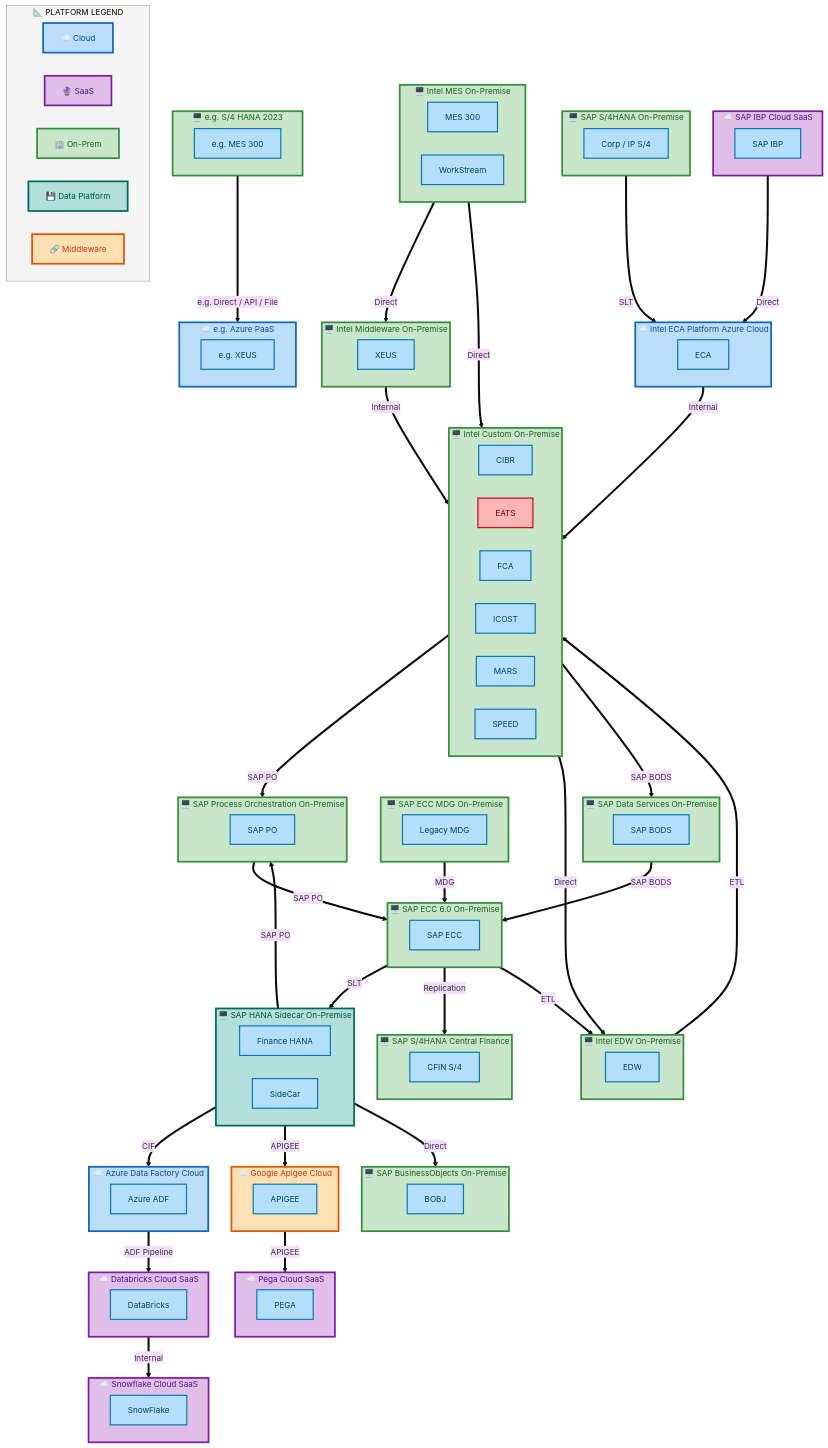
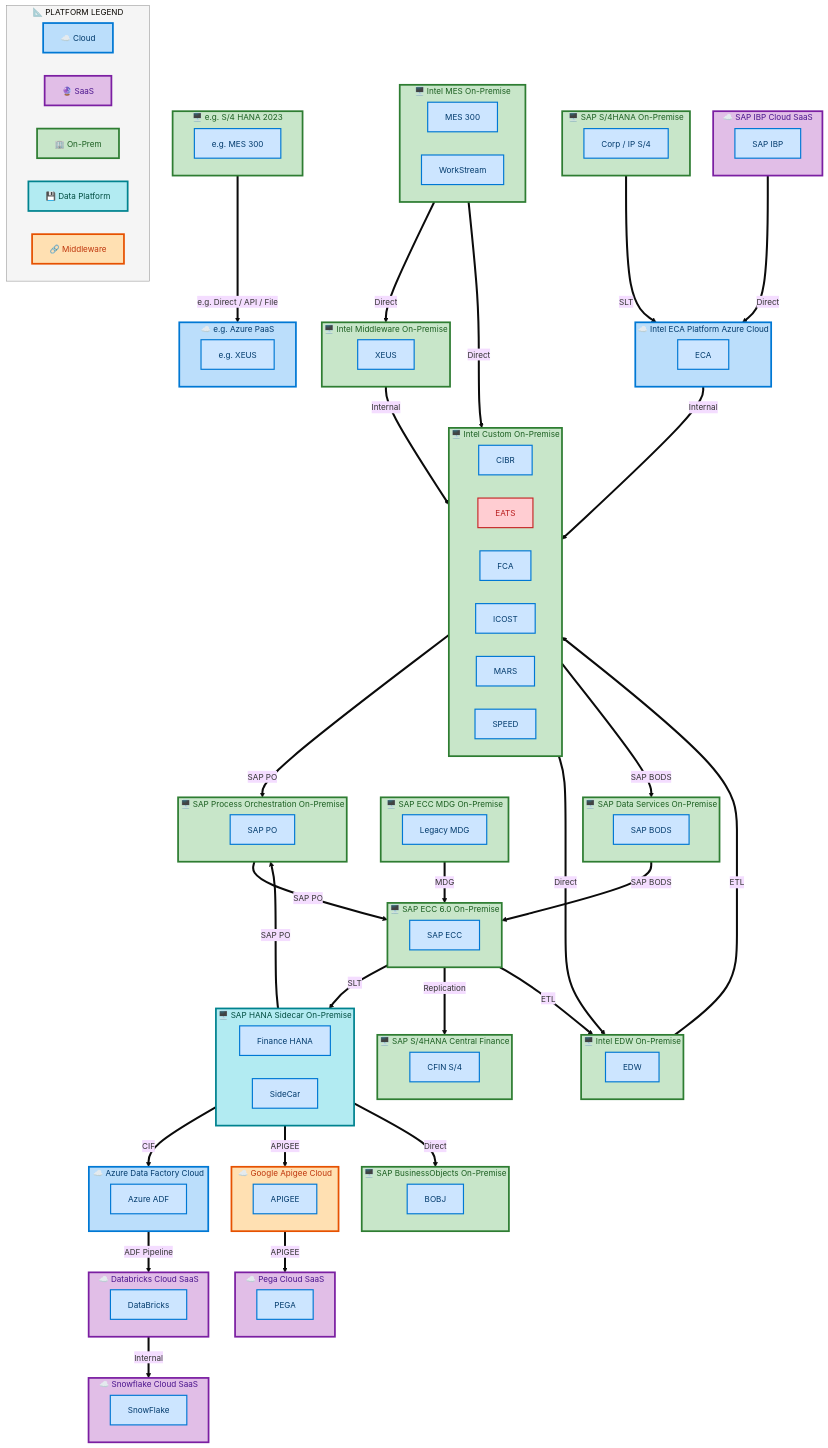
Before and after one commit to sajivfrancis777/IAO-Architecture: the third of 6 diagrams in output/docs/summaries/Program-Summary.md, drawn with Mermaid. The commit also changed other lines of this file and 12 other files, not shown here.

````diff
--- a/output/docs/summaries/Program-Summary.md
+++ b/output/docs/summaries/Program-Summary.md
@@ -599,15 +609,15 @@
 ```mermaid
 %%{init: {"theme": "base", "securityLevel": "loose", "themeVariables": {"fontSize": "14px", "fontFamily": "Segoe UI, Arial"}, "flowchart": {"useMaxWidth": false, "htmlLabels": true, "nodeSpacing": 40, "rankSpacing": 50}} }%%
 flowchart TB
-    classDef appBox fill:#B5DFFF,stroke:#0077B6,stroke-width:2px,color:#003D5B
-    classDef platBox fill:#C8E6C9,stroke:#388E3C,stroke-width:3px,color:#1B5E20
-    classDef eolBox fill:#FFB5B5,stroke:#CC0000,stroke-width:2px,color:#660000
+    classDef appBox fill:#CCE5FF,stroke:#0078D4,stroke-width:2px,color:#003A6C
+    classDef platBox fill:#C8E6C9,stroke:#2E7D32,stroke-width:3px,color:#1B5E20
+    classDef eolBox fill:#FFCDD2,stroke:#C62828,stroke-width:2px,color:#B71C1C
 
     subgraph SCPP_Azure_Data_Factory_Cloud["☁️ Azure Data Factory Cloud"]
         direction LR
         SCPA_Azure_ADF["Azure ADF"]:::appBox
     end
-    style SCPP_Azure_Data_Factory_Cloud fill:#BBDEFB,stroke:#1565C0,stroke-width:3px,color:#0D47A1
+    style SCPP_Azure_Data_Factory_Cloud fill:#BBDEFB,stroke:#0078D4,stroke-width:3px,color:#003A6C
 
     subgraph SCPP_Databricks_Cloud_SaaS["☁️ Databricks Cloud SaaS"]
         direction LR
@@ -630,32 +640,32 @@
         SCPA_MARS["MARS"]:::appBox
         SCPA_SPEED["SPEED"]:::appBox
     end
-    style SCPP_Intel_Custom_On_Premise fill:#C8E6C9,stroke:#388E3C,stroke-width:3px,color:#1B5E20
+    style SCPP_Intel_Custom_On_Premise fill:#C8E6C9,stroke:#2E7D32,stroke-width:3px,color:#1B5E20
 
     subgraph SCPP_Intel_ECA_Platform_Azure_Cloud["☁️ Intel ECA Platform Azure Cloud"]
         direction LR
         SCPA_ECA["ECA"]:::appBox
     end
-    style SCPP_Intel_ECA_Platform_Azure_Cloud fill:#BBDEFB,stroke:#1565C0,stroke-width:3px,color:#0D47A1
+    style SCPP_Intel_ECA_Platform_Azure_Cloud fill:#BBDEFB,stroke:#0078D4,stroke-width:3px,color:#003A6C
 
     subgraph SCPP_Intel_EDW_On_Premise["🖥️ Intel EDW On-Premise"]
         direction LR
         SCPA_EDW["EDW"]:::appBox
     end
-    style SCPP_Intel_EDW_On_Premise fill:#C8E6C9,stroke:#388E3C,stroke-width:3px,color:#1B5E20
+    style SCPP_Intel_EDW_On_Premise fill:#C8E6C9,stroke:#2E7D32,stroke-width:3px,color:#1B5E20
 
     subgraph SCPP_Intel_MES_On_Premise["🖥️ Intel MES On-Premise"]
         direction LR
         SCPA_MES_300["MES 300"]:::appBox
         SCPA_WorkStream["WorkStream"]:::appBox
     end
-    style SCPP_Intel_MES_On_Premise fill:#C8E6C9,stroke:#388E3C,stroke-width:3px,color:#1B5E20
+    style SCPP_Intel_MES_On_Premise fill:#C8E6C9,stroke:#2E7D32,stroke-width:3px,color:#1B5E20
 
     subgraph SCPP_Intel_Middleware_On_Premise["🖥️ Intel Middleware On-Premise"]
         direction LR
         SCPA_XEUS["XEUS"]:::appBox
     end
-    style SCPP_Intel_Middleware_On_Premise fill:#C8E6C9,stroke:#388E3C,stroke-width:3px,color:#1B5E20
+    style SCPP_Intel_Middleware_On_Premise fill:#C8E6C9,stroke:#2E7D32,stroke-width:3px,color:#1B5E20
 
     subgraph SCPP_Pega_Cloud_SaaS["☁️ Pega Cloud SaaS"]
         direction LR
@@ -667,32 +677,32 @@
         direction LR
         SCPA_BOBJ["BOBJ"]:::appBox
     end
-    style SCPP_SAP_BusinessObjects_On_Premise fill:#C8E6C9,stroke:#388E3C,stroke-width:3px,color:#1B5E20
+    style SCPP_SAP_BusinessObjects_On_Premise fill:#C8E6C9,stroke:#2E7D32,stroke-width:3px,color:#1B5E20
 
     subgraph SCPP_SAP_Data_Services_On_Premise["🖥️ SAP Data Services On-Premise"]
         direction LR
         SCPA_SAP_BODS["SAP BODS"]:::appBox
     end
-    style SCPP_SAP_Data_Services_On_Premise fill:#C8E6C9,stroke:#388E3C,stroke-width:3px,color:#1B5E20
+    style SCPP_SAP_Data_Services_On_Premise fill:#C8E6C9,stroke:#2E7D32,stroke-width:3px,color:#1B5E20
 
     subgraph SCPP_SAP_ECC_6_0_On_Premise["🖥️ SAP ECC 6.0 On-Premise"]
         direction LR
         SCPA_SAP_ECC["SAP ECC"]:::appBox
     end
-    style SCPP_SAP_ECC_6_0_On_Premise fill:#C8E6C9,stroke:#388E3C,stroke-width:3px,color:#1B5E20
+    style SCPP_SAP_ECC_6_0_On_Premise fill:#C8E6C9,stroke:#2E7D32,stroke-width:3px,color:#1B5E20
 
     subgraph SCPP_SAP_ECC_MDG_On_Premise["🖥️ SAP ECC MDG On-Premise"]
         direction LR
         SCPA_Legacy_MDG["Legacy MDG"]:::appBox
     end
-    style SCPP_SAP_ECC_MDG_On_Premise fill:#C8E6C9,stroke:#388E3C,stroke-width:3px,color:#1B5E20
+    style SCPP_SAP_ECC_MDG_On_Premise fill:#C8E6C9,stroke:#2E7D32,stroke-width:3px,color:#1B5E20
 
     subgraph SCPP_SAP_HANA_Sidecar_On_Premise["🖥️ SAP HANA Sidecar On-Premise"]
         direction LR
         SCPA_Finance_HANA["Finance HANA"]:::appBox
         SCPA_SideCar["SideCar"]:::appBox
     end
-    style SCPP_SAP_HANA_Sidecar_On_Premise fill:#B2DFDB,stroke:#00695C,stroke-width:3px,color:#004D40
+    style SCPP_SAP_HANA_Sidecar_On_Premise fill:#B2EBF2,stroke:#00838F,stroke-width:3px,color:#004D40
 
     subgraph SCPP_SAP_IBP_Cloud_SaaS["☁️ SAP IBP Cloud SaaS"]
         direction LR
@@ -704,19 +714,19 @@
         direction LR
         SCPA_SAP_PO["SAP PO"]:::appBox
     end
-    style SCPP_SAP_Process_Orchestration_On_Premise fill:#C8E6C9,stroke:#388E3C,stroke-width:3px,color:#1B5E20
+    style SCPP_SAP_Process_Orchestration_On_Premise fill:#C8E6C9,stroke:#2E7D32,stroke-width:3px,color:#1B5E20
 
     subgraph SCPP_SAP_S_4HANA_Central_Finance["🖥️ SAP S/4HANA Central Finance"]
         direction LR
         SCPA_CFIN_S_4["CFIN S/4"]:::appBox
     end
-    style SCPP_SAP_S_4HANA_Central_Finance fill:#C8E6C9,stroke:#388E3C,stroke-width:3px,color:#1B5E20
+    style SCPP_SAP_S_4HANA_Central_Finance fill:#C8E6C9,stroke:#2E7D32,stroke-width:3px,color:#1B5E20
 
     subgraph SCPP_SAP_S_4HANA_On_Premise["🖥️ SAP S/4HANA On-Premise"]
         direction LR
         SCPA_Corp_IP_S_4["Corp / IP S/4"]:::appBox
     end
-    style SCPP_SAP_S_4HANA_On_Premise fill:#C8E6C9,stroke:#388E3C,stroke-width:3px,color:#1B5E20
+    style SCPP_SAP_S_4HANA_On_Premise fill:#C8E6C9,stroke:#2E7D32,stroke-width:3px,color:#1B5E20
 
     subgraph SCPP_Snowflake_Cloud_SaaS["☁️ Snowflake Cloud SaaS"]
         direction LR
@@ -728,13 +738,13 @@
         direction LR
         SCPA_e_g_XEUS["e.g. XEUS"]:::appBox
     end
-    style SCPP_e_g_Azure_PaaS fill:#BBDEFB,stroke:#1565C0,stroke-width:3px,color:#0D47A1
+    style SCPP_e_g_Azure_PaaS fill:#BBDEFB,stroke:#0078D4,stroke-width:3px,color:#003A6C
 
     subgraph SCPP_e_g_S_4_HANA_2023["🖥️ e.g. S/4 HANA 2023"]
         direction LR
         SCPA_e_g_MES_300["e.g. MES 300"]:::appBox
     end
-    style SCPP_e_g_S_4_HANA_2023 fill:#C8E6C9,stroke:#388E3C,stroke-width:3px,color:#1B5E20
+    style SCPP_e_g_S_4_HANA_2023 fill:#C8E6C9,stroke:#2E7D32,stroke-width:3px,color:#1B5E20
 
     SCPP_e_g_S_4_HANA_2023 ==>|"e.g. Direct / API / File"| SCPP_e_g_Azure_PaaS
     SCPP_Intel_MES_On_Premise ==>|"Direct"| SCPP_Intel_Middleware_On_Premise
@@ -770,9 +780,9 @@
         SCPLM["🔗 Middleware"]
     end
     style SCPLegend fill:#F5F5F5,stroke:#999,stroke-width:1px
-    style SCPLC fill:#BBDEFB,stroke:#1565C0,stroke-width:3px,color:#0D47A1
+    style SCPLC fill:#BBDEFB,stroke:#0078D4,stroke-width:3px,color:#003A6C
     style SCPLS fill:#E1BEE7,stroke:#7B1FA2,stroke-width:3px,color:#4A148C
-    style SCPLO fill:#C8E6C9,stroke:#388E3C,stroke-width:3px,color:#1B5E20
-    style SCPLD fill:#B2DFDB,stroke:#00695C,stroke-width:3px,color:#004D40
+    style SCPLO fill:#C8E6C9,stroke:#2E7D32,stroke-width:3px,color:#1B5E20
+    style SCPLD fill:#B2EBF2,stroke:#00838F,stroke-width:3px,color:#004D40
     style SCPLM fill:#FFE0B2,stroke:#E65100,stroke-width:3px,color:#BF360C
 ```
````
